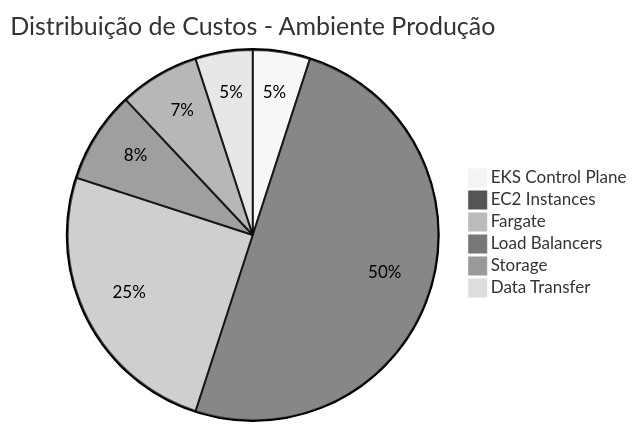
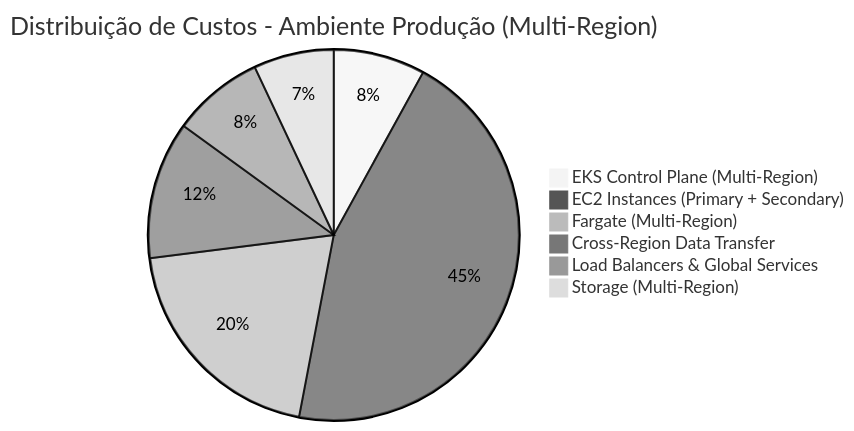
Before and after one commit to thiagodavala/ai-foundation-arch: diagram 20 of 22 in README.md, drawn with Mermaid (neutral theme). The commit also changed other lines of this file, not shown here.

````diff
--- a/README.md
+++ b/README.md
@@ -1150,9 +1562,9 @@
 ```mermaid
-pie title Distribuição de Custos - Ambiente Produção
-    "EKS Control Plane" : 5
-    "EC2 Instances" : 50
-    "Fargate" : 25
-    "Load Balancers" : 8
-    "Storage" : 7
-    "Data Transfer" : 5
+pie title Distribuição de Custos - Ambiente Produção (Multi-Region)
+    "EKS Control Plane (Multi-Region)" : 8
+    "EC2 Instances (Primary + Secondary)" : 45
+    "Fargate (Multi-Region)" : 20
+    "Cross-Region Data Transfer" : 12
+    "Load Balancers & Global Services" : 8
+    "Storage (Multi-Region)" : 7
 ```
````
